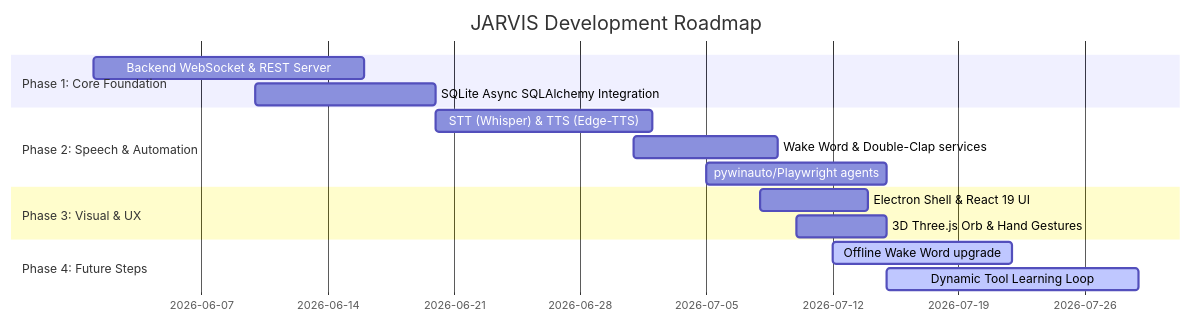
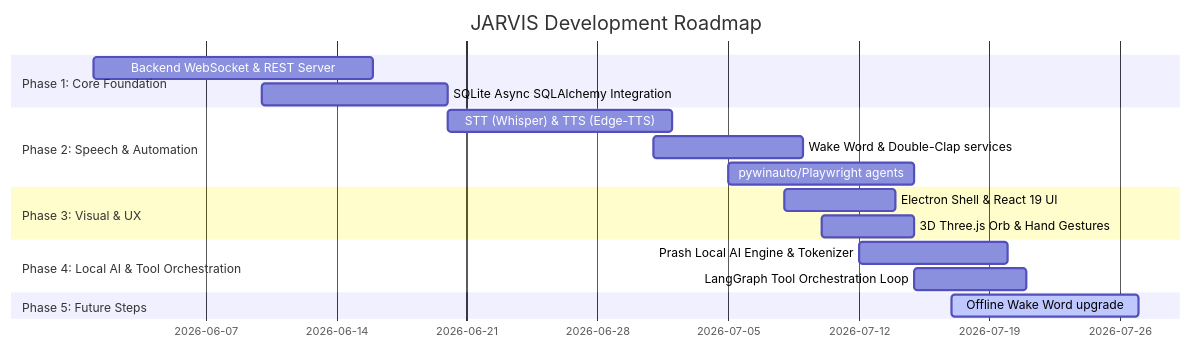
The diagram in documentations/Tracker.md (Ashrit-Raghupatruni/JARVIS), drawn with Mermaid before and after one commit. The commit also changed other lines of this file and 26 other files, not shown here.

Commit message:
feat(local-ai): integrate Prash local AI engine and LangGraph tool caller

````diff
--- a/documentations/Tracker.md
+++ b/documentations/Tracker.md
@@ -9,18 +9,20 @@
 ```mermaid
 gantt
     title JARVIS Development Roadmap
     dateFormat  YYYY-MM-DD
     section Phase 1: Core Foundation
     Backend WebSocket & REST Server :completed, 2026-06-01, 15d
     SQLite Async SQLAlchemy Integration :completed, 2026-06-10, 10d
     section Phase 2: Speech & Automation
     STT (Whisper) & TTS (Edge-TTS) :completed, 2026-06-20, 12d
     Wake Word & Double-Clap services :completed, 2026-07-01, 8d
     pywinauto/Playwright agents :completed, 2026-07-05, 10d
     section Phase 3: Visual & UX
     Electron Shell & React 19 UI :completed, 2026-07-08, 6d
     3D Three.js Orb & Hand Gestures :completed, 2026-07-10, 5d
-    section Phase 4: Future Steps
-    Offline Wake Word upgrade :active, 2026-07-12, 10d
-    Dynamic Tool Learning Loop :active, 2026-07-15, 14d
+    section Phase 4: Local AI & Tool Orchestration
+    Prash Local AI Engine & Tokenizer :completed, 2026-07-12, 8d
+    LangGraph Tool Orchestration Loop :completed, 2026-07-15, 6d
+    section Phase 5: Future Steps
+    Offline Wake Word upgrade :active, 2026-07-17, 10d
 ```
````
